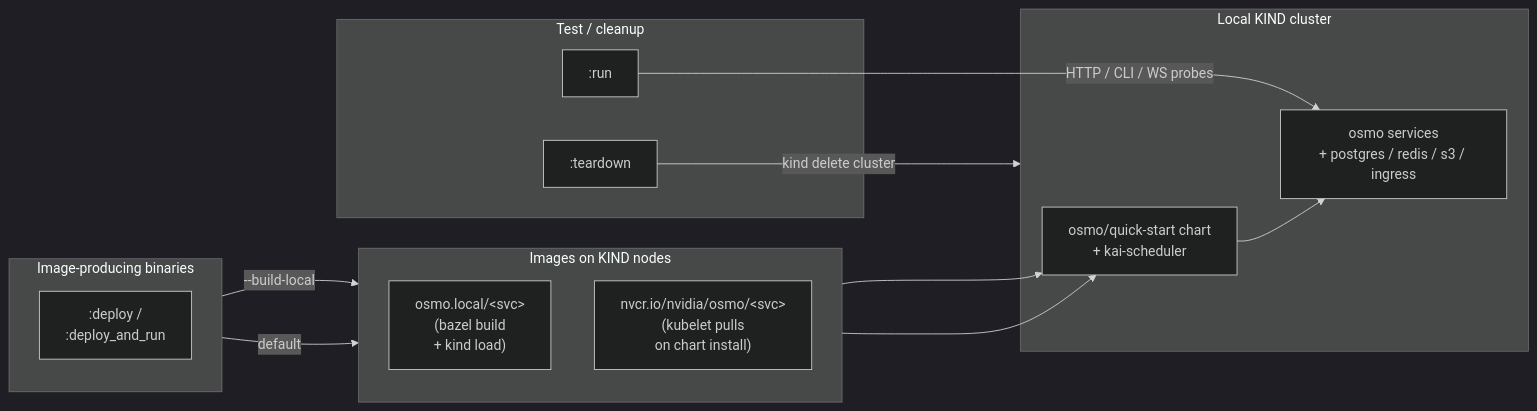
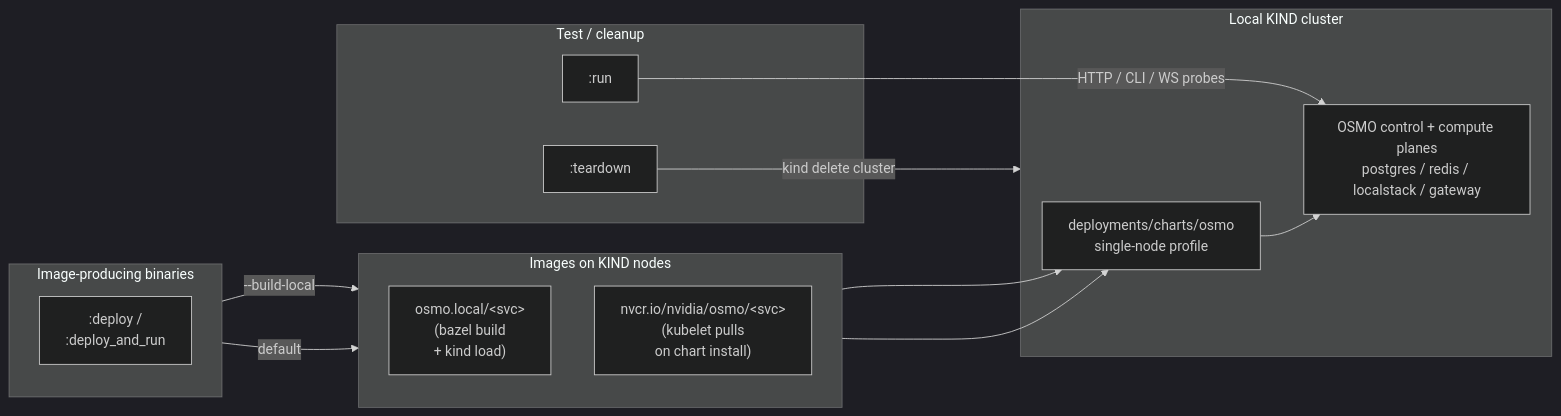
One commit to NVIDIA/OSMO changed the second of 2 diagrams in test/oetf/README.md. Above: the diagram before and after it, drawn with Mermaid (dark theme). The commit also changed other lines of this file and 93 other files, not shown here.

````diff
--- a/test/oetf/README.md
+++ b/test/oetf/README.md
@@ -852,31 +848,31 @@
 ```mermaid
 flowchart LR
     subgraph Producers["Image-producing binaries"]
         direction TB
         DEPLOY[":deploy /<br/>:deploy_and_run"]
     end
 
     subgraph Sources["Images on KIND nodes"]
         direction TB
         LOCAL["osmo.local/&lt;svc&gt;<br/>(bazel build<br/>+ kind load)"]
         REGISTRY["nvcr.io/nvidia/osmo/&lt;svc&gt;<br/>(kubelet pulls<br/>on chart install)"]
     end
 
     subgraph Cluster["Local KIND cluster"]
-        CHART["osmo/quick-start chart<br/>+ kai-scheduler"]
-        PODS["osmo services<br/>+ postgres / redis / s3 / ingress"]
+        CHART["deployments/charts/osmo<br/>single-node profile"]
+        PODS["OSMO control + compute planes<br/>postgres / redis / localstack / gateway"]
     end
 
     subgraph Consumers["Test / cleanup"]
         RUN[":run"]
         TEARDOWN[":teardown"]
     end
 
     DEPLOY -->|"--build-local"| LOCAL
     DEPLOY -->|"default"| REGISTRY
     LOCAL --> CHART
     REGISTRY --> CHART
     CHART --> PODS
     RUN -->|"HTTP / CLI / WS probes"| PODS
     TEARDOWN -->|"kind delete cluster"| Cluster
 ```
````
